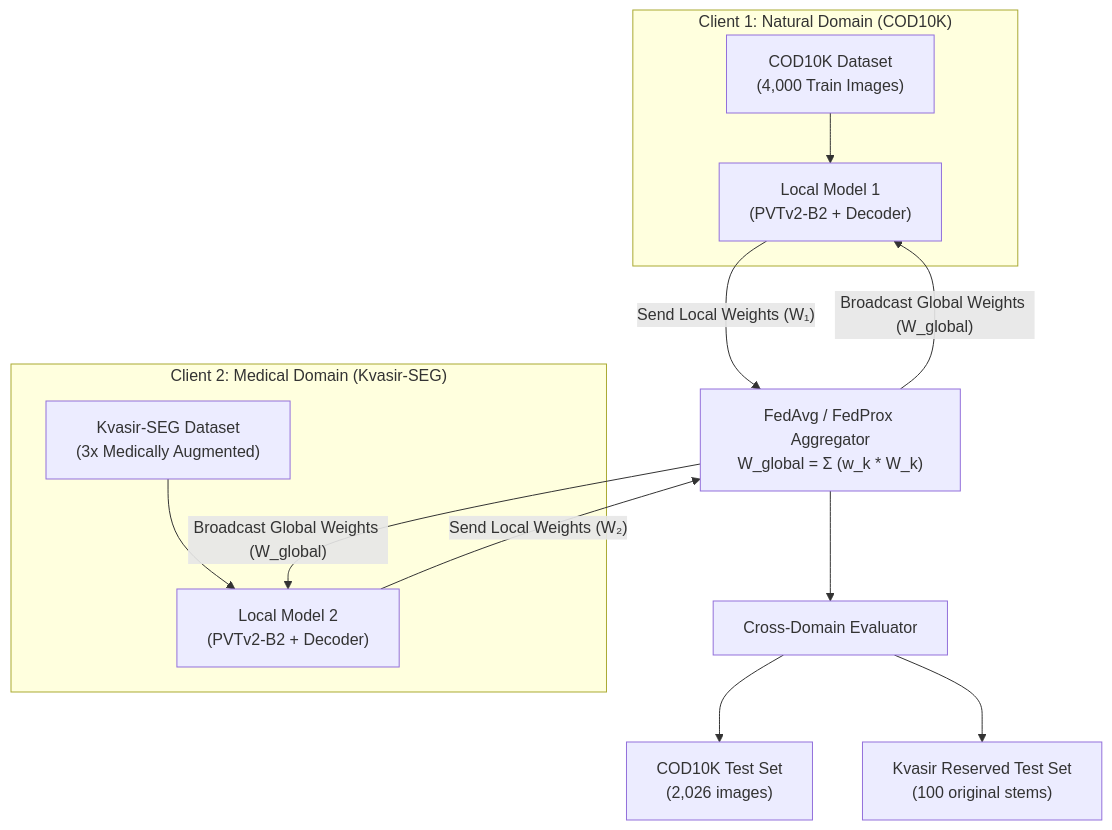
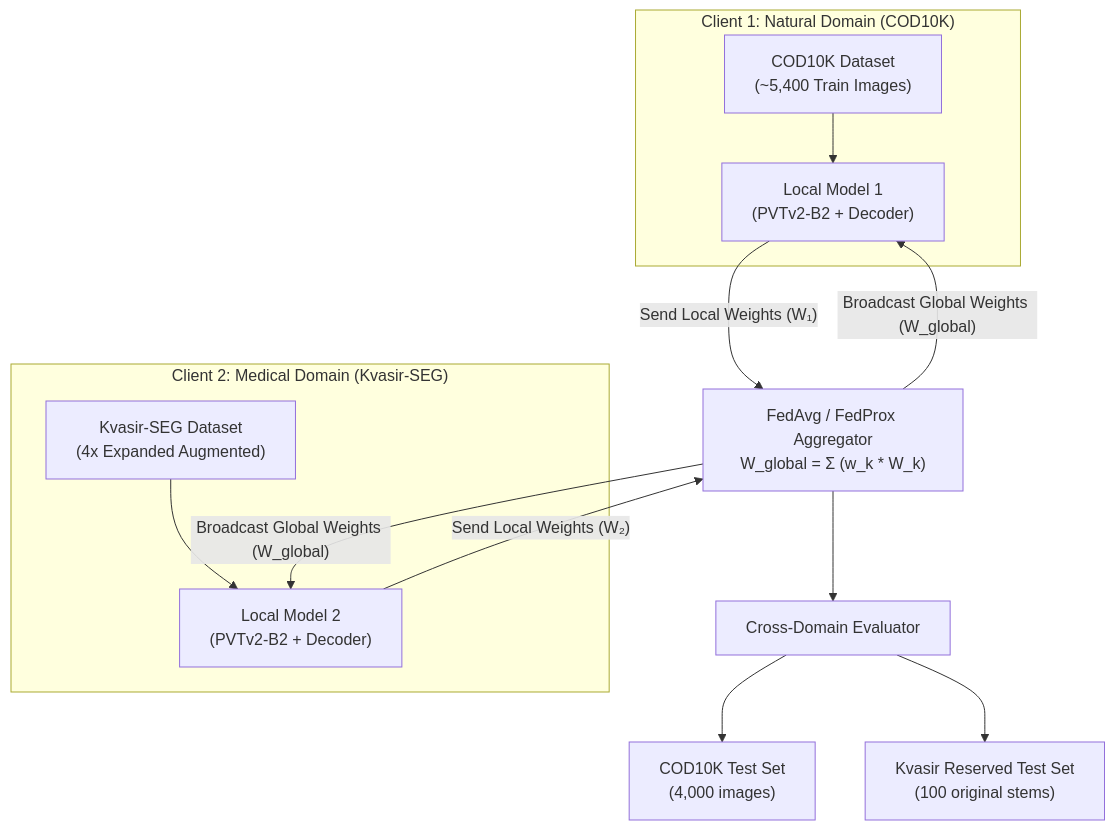
The diagram in README.md (KARTHIKvelamarthi/Cross-Domain-Federated-Segmentation), drawn with Mermaid before and after one commit. The commit also changed other lines of this file, not shown here.

Commit message:
Update README.md with corrected dataset counts and FedProx labels

````diff
--- a/README.md
+++ b/README.md
@@ -44,20 +44,20 @@
 ```mermaid
 flowchart TD
     subgraph Client1 ["Client 1: Natural Domain (COD10K)"]
-        D1["COD10K Dataset<br/>(4,000 Train Images)"] --> M1["Local Model 1<br/>(PVTv2-B2 + Decoder)"]
+        D1["COD10K Dataset<br/>(~5,400 Train Images)"] --> M1["Local Model 1<br/>(PVTv2-B2 + Decoder)"]
     end
 
     subgraph Client2 ["Client 2: Medical Domain (Kvasir-SEG)"]
-        D2["Kvasir-SEG Dataset<br/>(3x Medically Augmented)"] --> M2["Local Model 2<br/>(PVTv2-B2 + Decoder)"]
+        D2["Kvasir-SEG Dataset<br/>(4x Expanded Augmented)"] --> M2["Local Model 2<br/>(PVTv2-B2 + Decoder)"]
     end
 
     M1 -- "Send Local Weights (W₁)" --> Server["FedAvg / FedProx Aggregator<br/>W_global = Σ (w_k * W_k)"]
     M2 -- "Send Local Weights (W₂)" --> Server
 
     Server -- "Broadcast Global Weights (W_global)" --> M1
     Server -- "Broadcast Global Weights (W_global)" --> M2
 
     Server --> Eval["Cross-Domain Evaluator"]
-    Eval --> T1["COD10K Test Set<br/>(2,026 images)"]
+    Eval --> T1["COD10K Test Set<br/>(4,000 images)"]
     Eval --> T2["Kvasir Reserved Test Set<br/>(100 original stems)"]
 ```
````
